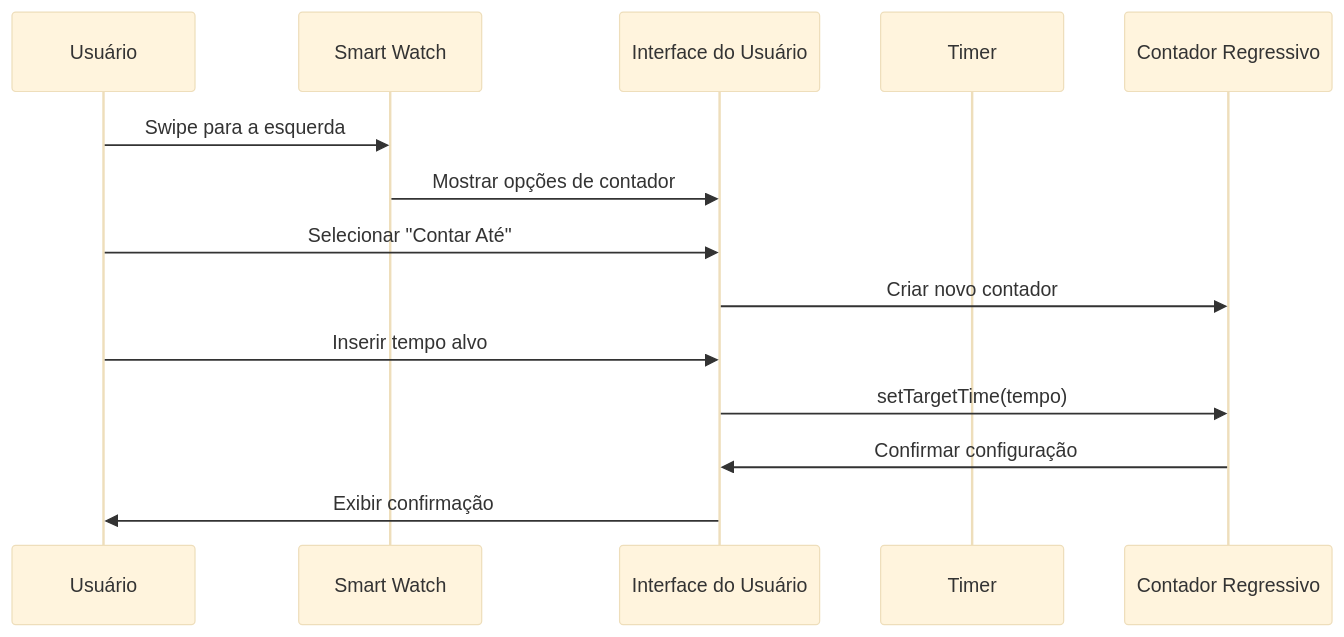
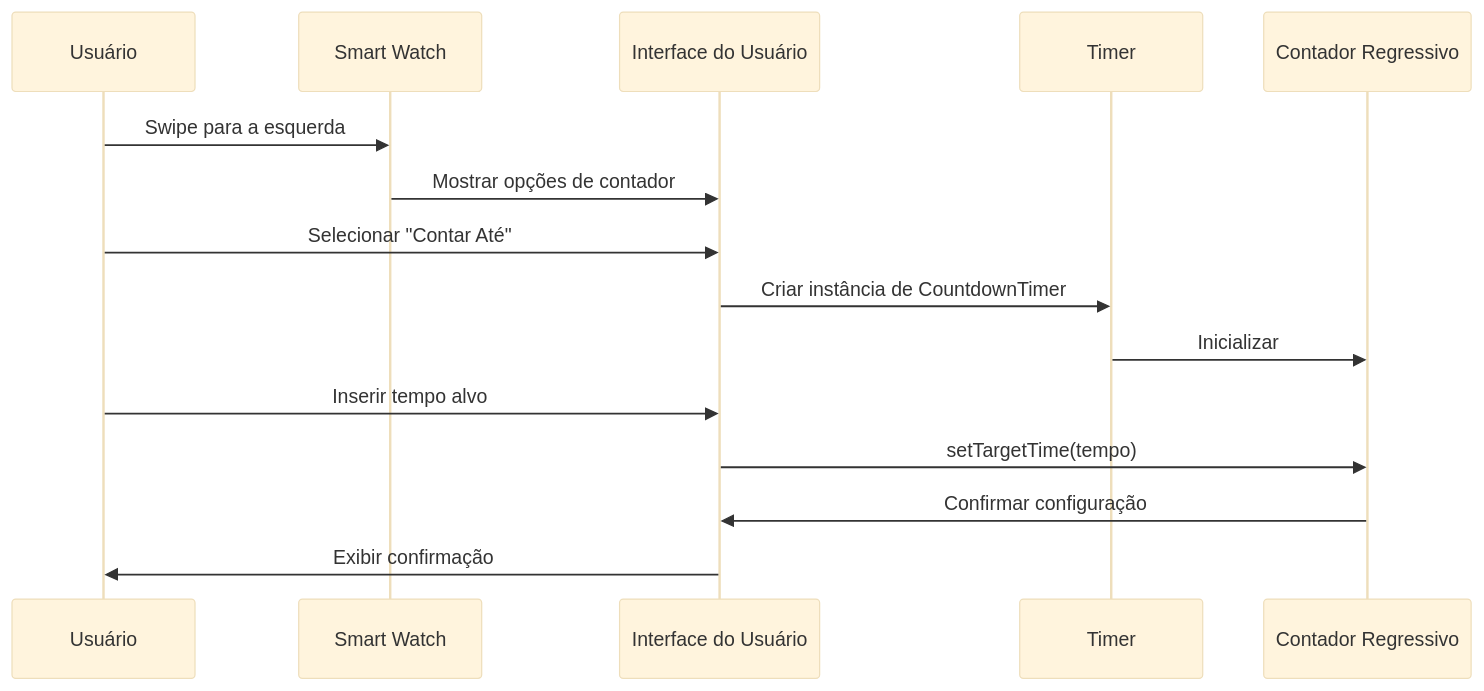
Before and after one commit to davifma/timetimerwatch: the diagram in documentacao/uml/sequencia-contar-ate.md, drawn with Mermaid (base theme).

````diff
--- a/documentacao/uml/sequencia-contar-ate.md
+++ b/documentacao/uml/sequencia-contar-ate.md
@@ -1,17 +1,18 @@
 ```mermaid
 sequenceDiagram
     participant User as Usuário
     participant SmartWatch as Smart Watch
     participant UserInterface as Interface do Usuário
     participant Timer as Timer
     participant CountdownTimer as Contador Regressivo
 
     User ->> SmartWatch: Swipe para a esquerda
     SmartWatch ->> UserInterface: Mostrar opções de contador
     User ->> UserInterface: Selecionar "Contar Até"
-    UserInterface ->> CountdownTimer: Criar novo contador
+    UserInterface ->> Timer: Criar instância de CountdownTimer
+    Timer ->> CountdownTimer: Inicializar
     User ->> UserInterface: Inserir tempo alvo
     UserInterface ->> CountdownTimer: setTargetTime(tempo)
     CountdownTimer ->> UserInterface: Confirmar configuração
     UserInterface ->> User: Exibir confirmação
 ```
````
